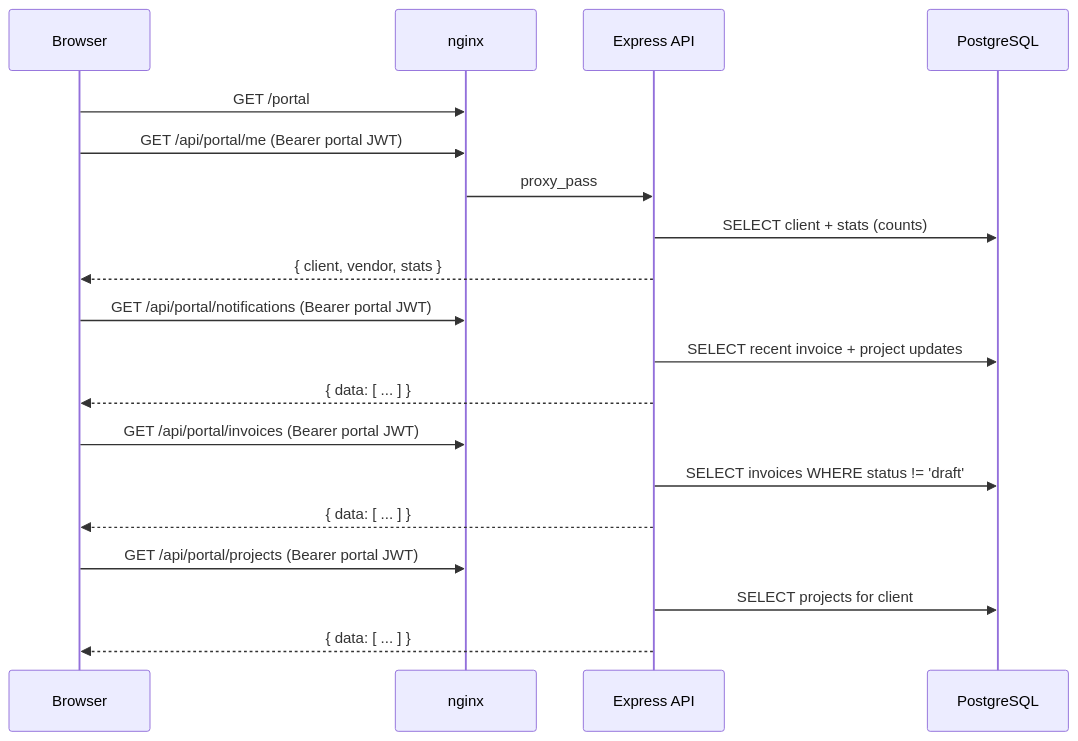
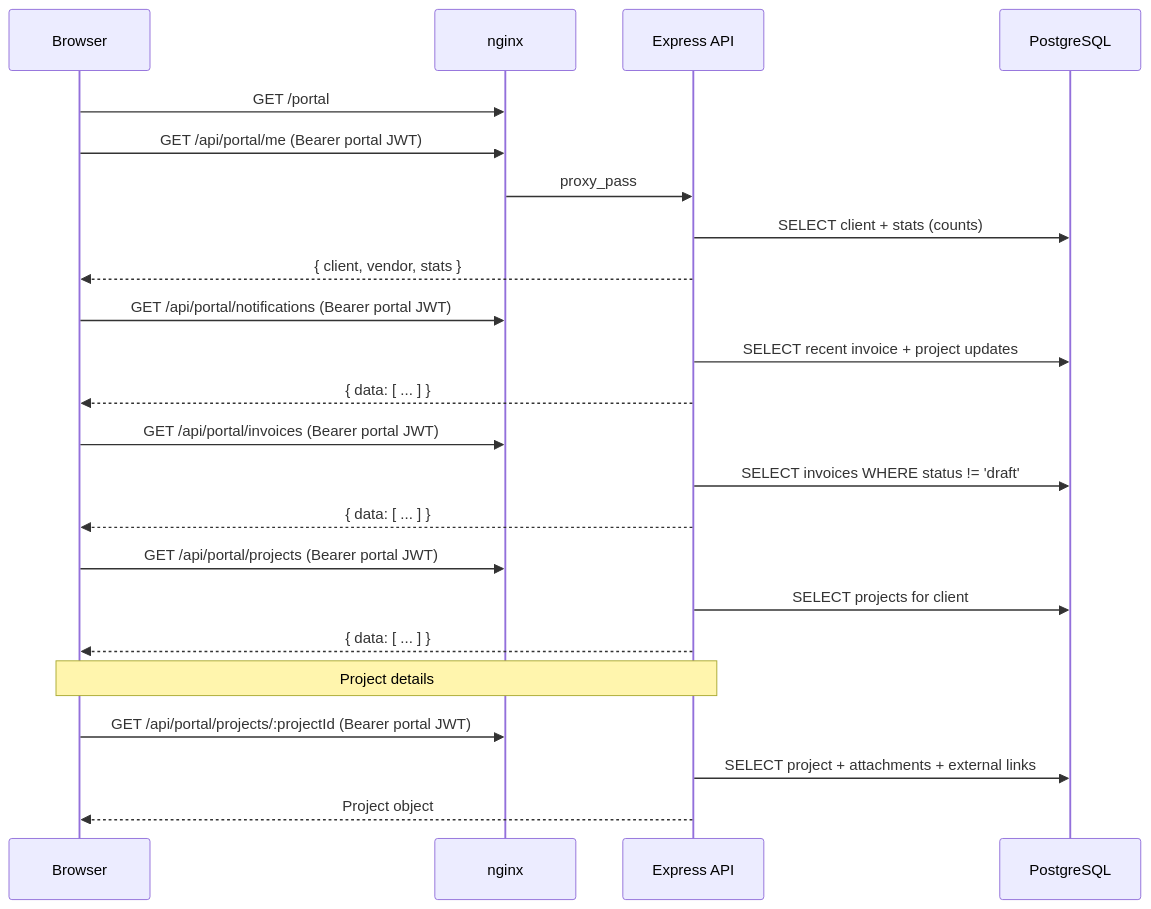
The fourth of 6 diagrams in docs/client-portal/login-and-usage.md (becomeonewiththecode/invoicing), drawn with Mermaid before and after one commit. The commit also changed other lines of this file and 22 other files, not shown here.

First line of the commit message:
feat(portal): account email, project detail, UI theme; docs: portal theme and links

````diff
--- a/docs/client-portal/login-and-usage.md
+++ b/docs/client-portal/login-and-usage.md
@@ -55,25 +79,30 @@
 ```mermaid
 sequenceDiagram
   participant B as Browser
   participant N as nginx
   participant E as Express API
   participant PG as PostgreSQL
 
   B->>N: GET /portal
   B->>N: GET /api/portal/me (Bearer portal JWT)
   N->>E: proxy_pass
   E->>PG: SELECT client + stats (counts)
   E-->>B: { client, vendor, stats }
 
   B->>N: GET /api/portal/notifications (Bearer portal JWT)
   E->>PG: SELECT recent invoice + project updates
   E-->>B: { data: [ ... ] }
 
   B->>N: GET /api/portal/invoices (Bearer portal JWT)
   E->>PG: SELECT invoices WHERE status != 'draft'
   E-->>B: { data: [ ... ] }
 
   B->>N: GET /api/portal/projects (Bearer portal JWT)
   E->>PG: SELECT projects for client
   E-->>B: { data: [ ... ] }
+
+  Note over B,E: Project details
+  B->>N: GET /api/portal/projects/:projectId (Bearer portal JWT)
+  E->>PG: SELECT project + attachments + external links
+  E-->>B: Project object
 ```
````
